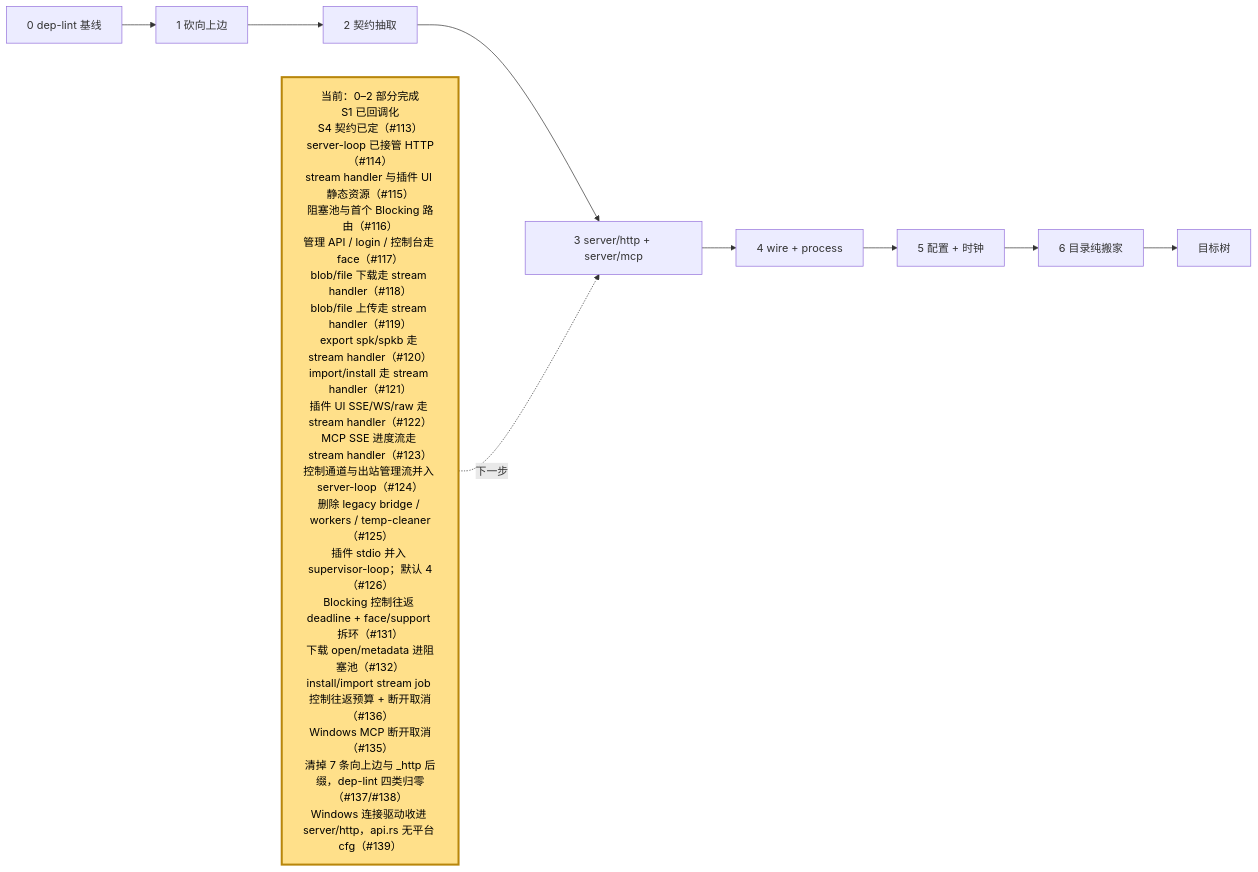
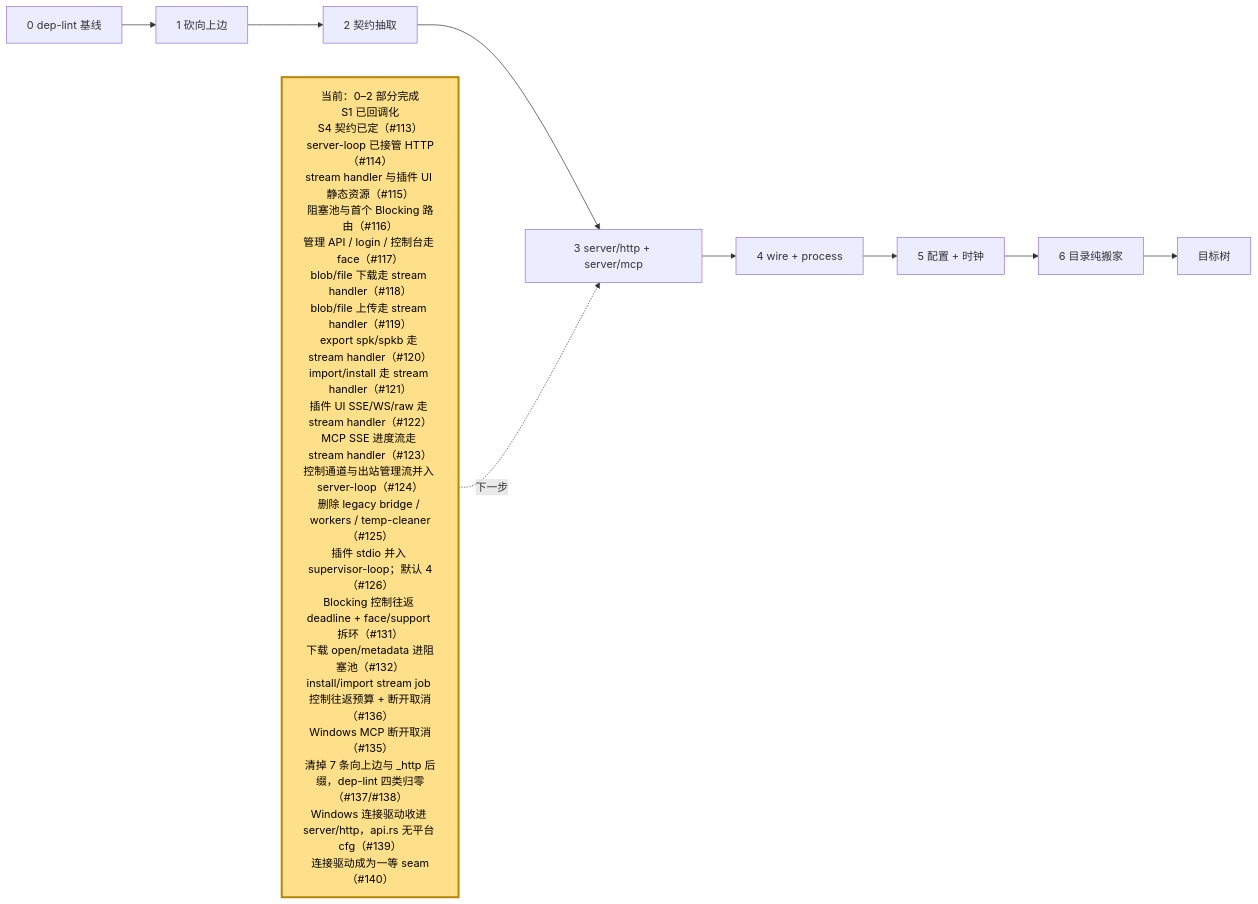
One commit to webxxxxx/plugin-manager changed the fifth of 5 diagrams in docs/architecture.md. Above: the diagram before and after it, drawn with Mermaid. The commit also changed other lines of this file and 4 other files, not shown here.

````diff
--- a/docs/architecture.md
+++ b/docs/architecture.md
@@ -379,15 +379,15 @@
 ```mermaid
 flowchart LR
     S0["0 dep-lint 基线"] --> S1["1 砍向上边"]
     S1 --> S2["2 契约抽取"]
     S2 --> S3["3 server/http + server/mcp"]
     S3 --> S4["4 wire + process"]
     S4 --> S5["5 配置 + 时钟"]
     S5 --> S6["6 目录纯搬家"]
     S6 --> DONE["目标树"]
 
-    NOW["当前：0–2 部分完成<br/>S1 已回调化<br/>S4 契约已定（#113）<br/>server-loop 已接管 HTTP（#114）<br/>stream handler 与插件 UI 静态资源（#115）<br/>阻塞池与首个 Blocking 路由（#116）<br/>管理 API / login / 控制台走 face（#117）<br/>blob/file 下载走 stream handler（#118）<br/>blob/file 上传走 stream handler（#119）<br/>export spk/spkb 走 stream handler（#120）<br/>import/install 走 stream handler（#121）<br/>插件 UI SSE/WS/raw 走 stream handler（#122）<br/>MCP SSE 进度流走 stream handler（#123）<br/>控制通道与出站管理流并入 server-loop（#124）<br/>删除 legacy bridge / workers / temp-cleaner（#125）<br/>插件 stdio 并入 supervisor-loop；默认 4（#126）<br/>Blocking 控制往返 deadline + face/support 拆环（#131）<br/>下载 open/metadata 进阻塞池（#132）<br/>install/import stream job 控制往返预算 + 断开取消（#136）<br/>Windows MCP 断开取消（#135）<br/>清掉 7 条向上边与 _http 后缀，dep-lint 四类归零（#137/#138）<br/>Windows 连接驱动收进 server/http，api.rs 无平台 cfg（#139）"]:::current
+    NOW["当前：0–2 部分完成<br/>S1 已回调化<br/>S4 契约已定（#113）<br/>server-loop 已接管 HTTP（#114）<br/>stream handler 与插件 UI 静态资源（#115）<br/>阻塞池与首个 Blocking 路由（#116）<br/>管理 API / login / 控制台走 face（#117）<br/>blob/file 下载走 stream handler（#118）<br/>blob/file 上传走 stream handler（#119）<br/>export spk/spkb 走 stream handler（#120）<br/>import/install 走 stream handler（#121）<br/>插件 UI SSE/WS/raw 走 stream handler（#122）<br/>MCP SSE 进度流走 stream handler（#123）<br/>控制通道与出站管理流并入 server-loop（#124）<br/>删除 legacy bridge / workers / temp-cleaner（#125）<br/>插件 stdio 并入 supervisor-loop；默认 4（#126）<br/>Blocking 控制往返 deadline + face/support 拆环（#131）<br/>下载 open/metadata 进阻塞池（#132）<br/>install/import stream job 控制往返预算 + 断开取消（#136）<br/>Windows MCP 断开取消（#135）<br/>清掉 7 条向上边与 _http 后缀，dep-lint 四类归零（#137/#138）<br/>Windows 连接驱动收进 server/http，api.rs 无平台 cfg（#139）<br/>连接驱动成为一等 seam（#140）"]:::current
     NOW -.->|下一步| S3
 
     classDef current fill:#ffe08a,stroke:#b8860b,stroke-width:3px,color:#000
 ```
````
